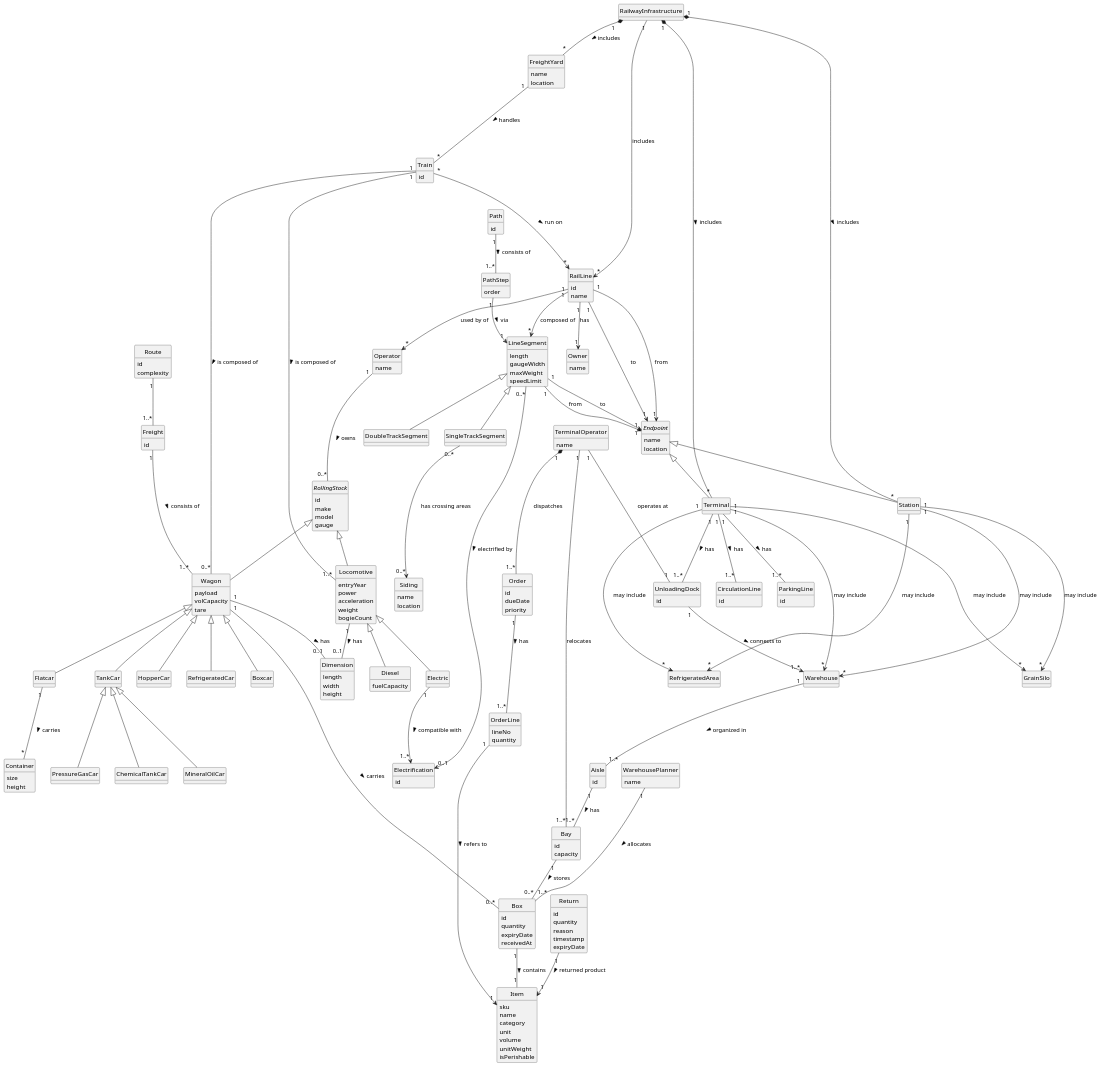
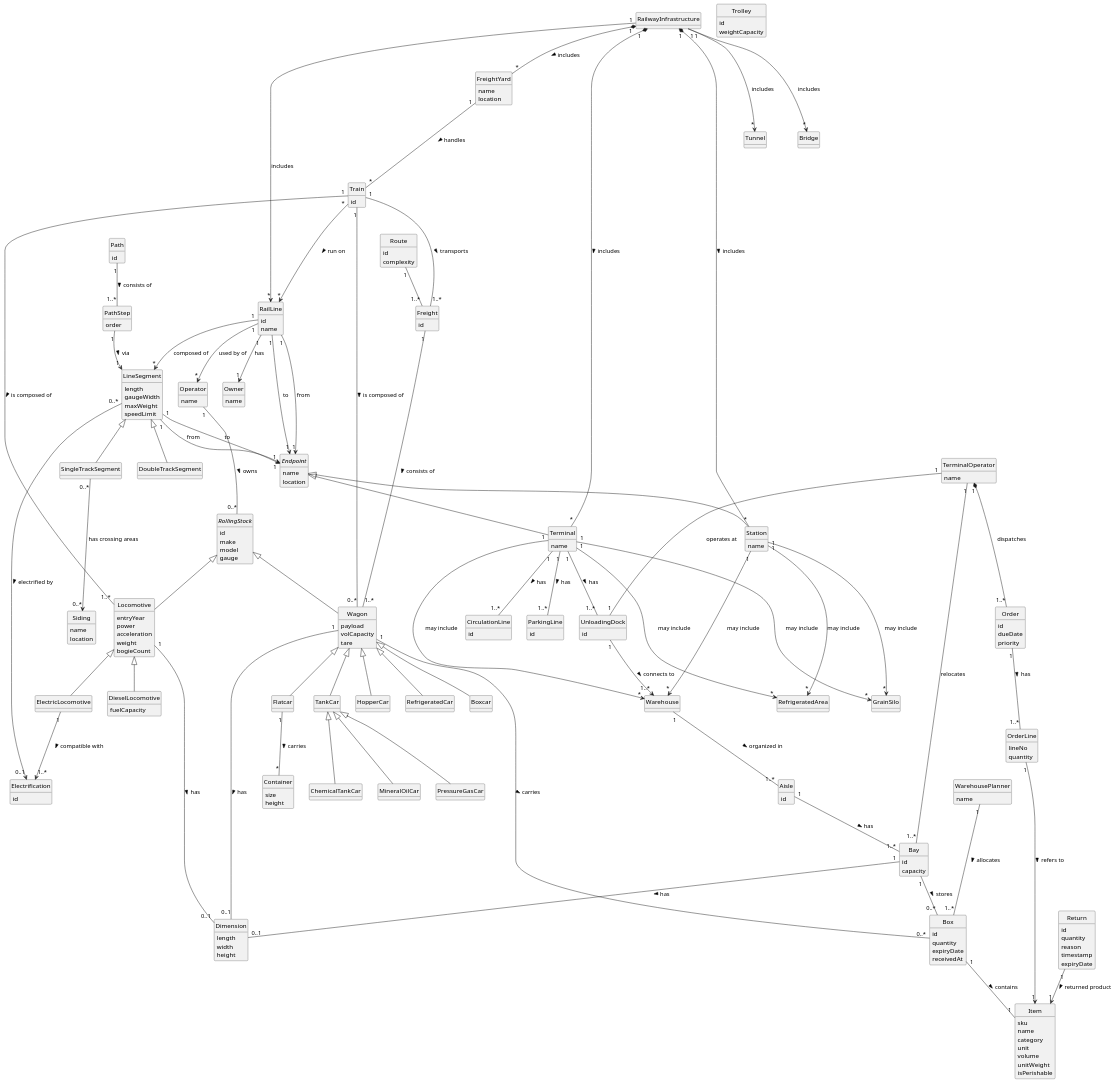
One commit to bruno-monteiro5/sem3-pi-25.26-g164-repository changed the diagram in docs/system-documentation/global-artifacts/DM/puml/DM.puml. Above: the diagram before and after it, drawn with PlantUML. The commit also changed 2 other files, not shown here.

```diff
--- a/docs/system-documentation/global-artifacts/DM/puml/DM.puml
+++ b/docs/system-documentation/global-artifacts/DM/puml/DM.puml
@@ -51,8 +51,10 @@
 }
 
 class Station extends Endpoint{
+    name
 }
 class Terminal extends Endpoint{
+    name
 }
 
 class FreightYard {
@@ -84,11 +86,11 @@
     bogieCount
 }
 
-class Diesel extends Locomotive {
+class DieselLocomotive extends Locomotive {
     fuelCapacity
 }
 
-class Electric extends Locomotive {
+class ElectricLocomotive extends Locomotive {
 }
 
 class Wagon extends RollingStock {
@@ -212,9 +214,22 @@
     name
 }
 
+class Tunnel {
+}
+
+class Bridge {
+}
+
+class Trolley {
+    id
+    weightCapacity
+}
+
 
 
 RailwayInfrastructure "1" -> "*" RailLine : includes
+RailwayInfrastructure "1" ---> "*" Tunnel : includes
+RailwayInfrastructure "1" ---> "*" Bridge : includes
 RailLine "1" --> "*" LineSegment : composed of
 SingleTrackSegment "0..*" ---> "0..*" Siding : has crossing areas
 RailLine "1" --> "1" Endpoint : from
@@ -236,7 +251,9 @@
 Flatcar "1" -- "*" Container : carries >
 Locomotive "1" -- "0..1" Dimension : has >
 Wagon "1" -- "0..1" Dimension : has >
+Bay "1" -- "0..1" Dimension : has >
 Freight "1"--- "1..*" Wagon : consists of >
+Train "1"--- "1..*" Freight : transports >
 Path "1" -- "1..*" PathStep : consists of >
 PathStep "1" --> "1" LineSegment : via >
 Route "1" -- "1..*" Freight
@@ -253,7 +270,7 @@
 OrderLine "1" --> "1" Item : refers to >
 Return "1" --> "1" Item : returned product >
 LineSegment "0..*" --> "0..1" Electrification : electrified by >
-Electric     "1"    --> "1..*" Electrification : compatible with >
+ElectricLocomotive     "1"    --> "1..*" Electrification : compatible with >
 RailwayInfrastructure "1" *-- "*" Station : includes >
 RailwayInfrastructure "1" *-- "*" Terminal : includes >
 RailwayInfrastructure "1" *-- "*" FreightYard : includes >
```
